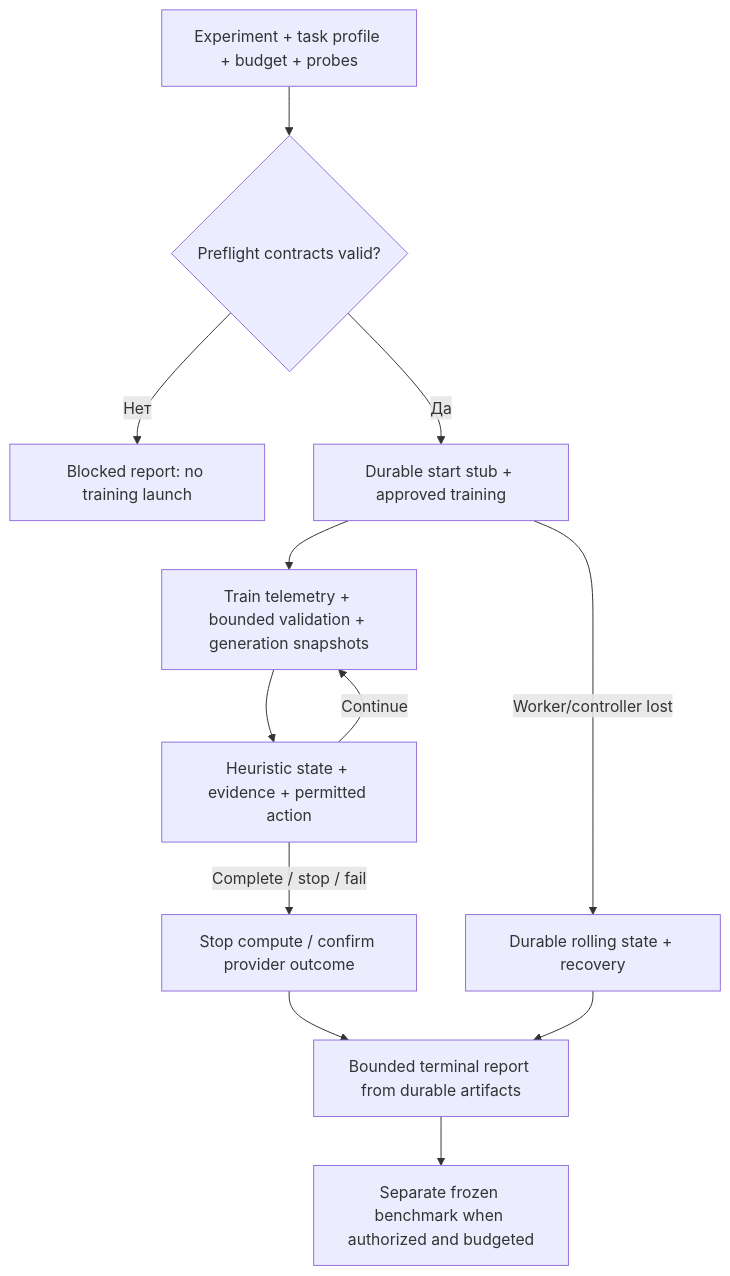
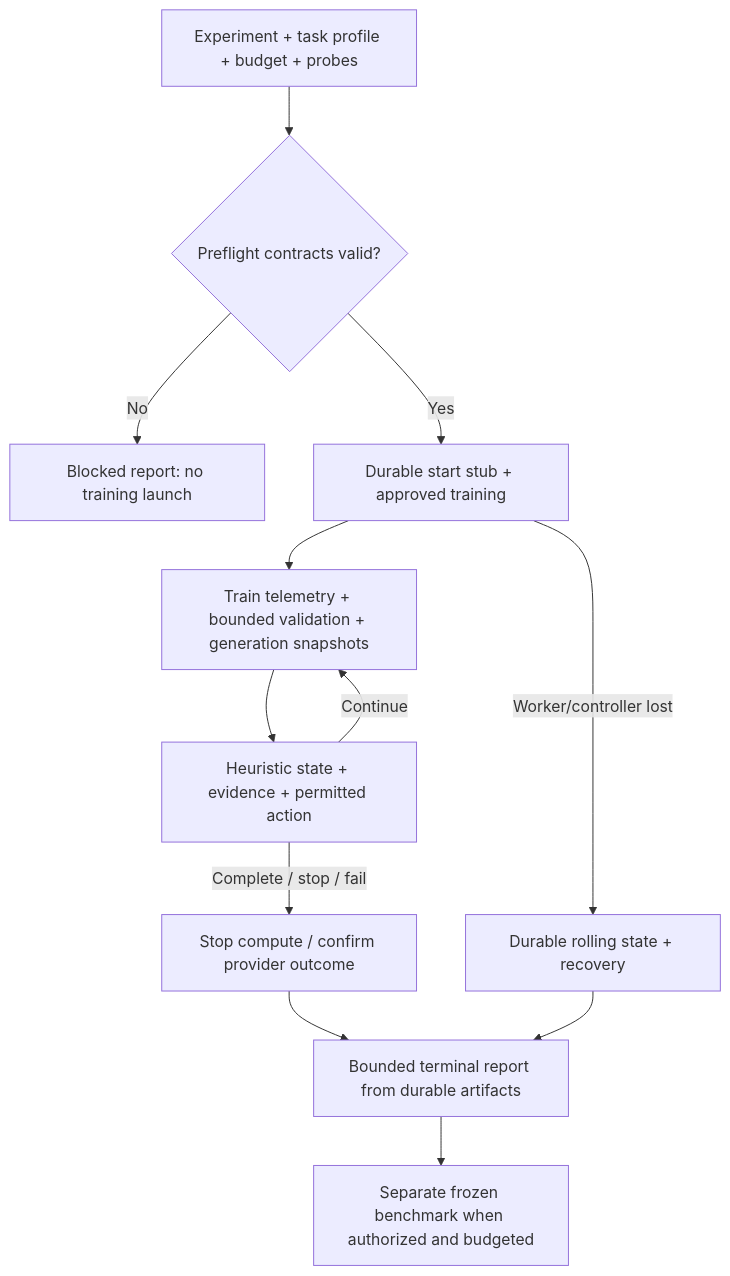
The diagram in docs/ml/debugging/README.md (zxc0zxc0zxc/palarran-framework), drawn with Mermaid before and after one commit. The commit also changed other lines of this file and 783 other files, not shown here.

````diff
--- a/docs/ml/debugging/README.md
+++ b/docs/ml/debugging/README.md
@@ -21,14 +21,14 @@
 ```mermaid
 flowchart TD
   P[Experiment + task profile + budget + probes] --> F{Preflight contracts valid?}
-  F -->|Нет| B[Blocked report: no training launch]
-  F -->|Да| S[Durable start stub + approved training]
+  F -->|No| B[Blocked report: no training launch]
+  F -->|Yes| S[Durable start stub + approved training]
   S --> C[Train telemetry + bounded validation + generation snapshots]
   C --> H[Heuristic state + evidence + permitted action]
   H -->|Continue| C
   H -->|Complete / stop / fail| Q[Stop compute / confirm provider outcome]
   Q --> R[Bounded terminal report from durable artifacts]
   S -->|Worker/controller lost| D[Durable rolling state + recovery]
   D --> R
   R --> E[Separate frozen benchmark when authorized and budgeted]
 ```
````
